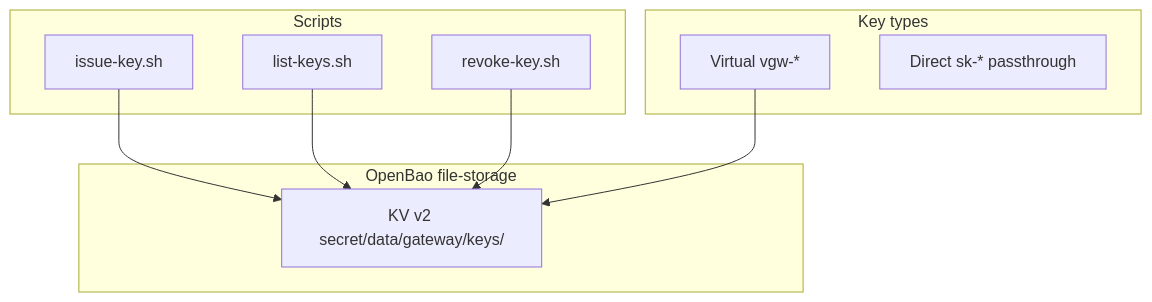
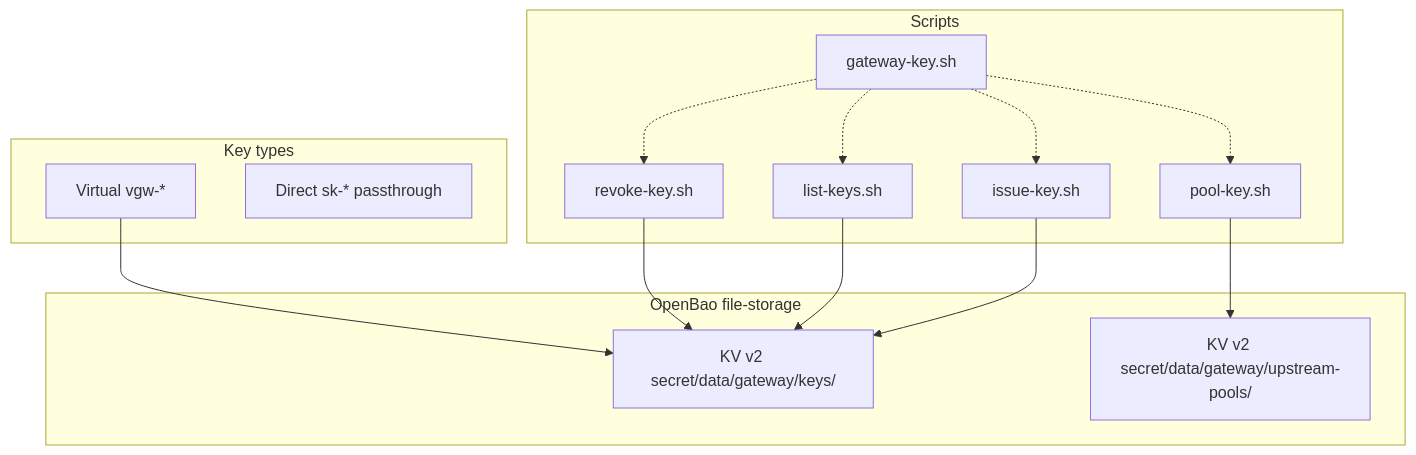
Before and after one commit to Independent-AI-Labs/WORKSPACE-GATEWAY: the diagram in docs/architecture/KEY-MANAGEMENT.md, drawn with Mermaid. The commit also changed other lines of this file and 8 other files, not shown here.

````diff
--- a/docs/architecture/KEY-MANAGEMENT.md
+++ b/docs/architecture/KEY-MANAGEMENT.md
@@ -9,19 +9,27 @@
 ```mermaid
 graph TB
     subgraph bao [OpenBao file-storage]
         KV["KV v2 secret/data/gateway/keys/"]
+        POOLS["KV v2 secret/data/gateway/upstream-pools/"]
     end
     subgraph keys [Key types]
         VK["Virtual vgw-*"]
         DK["Direct sk-* passthrough"]
     end
     subgraph scripts [Scripts]
+        GATEWAY[gateway-key.sh]
         ISSUE[issue-key.sh]
         LIST[list-keys.sh]
         REVOKE[revoke-key.sh]
+        POOL[pool-key.sh]
     end
+    GATEWAY -.-> ISSUE
+    GATEWAY -.-> LIST
+    GATEWAY -.-> REVOKE
+    GATEWAY -.-> POOL
     ISSUE --> KV
     LIST --> KV
     REVOKE --> KV
+    POOL --> POOLS
     VK --> KV
 ```
````
